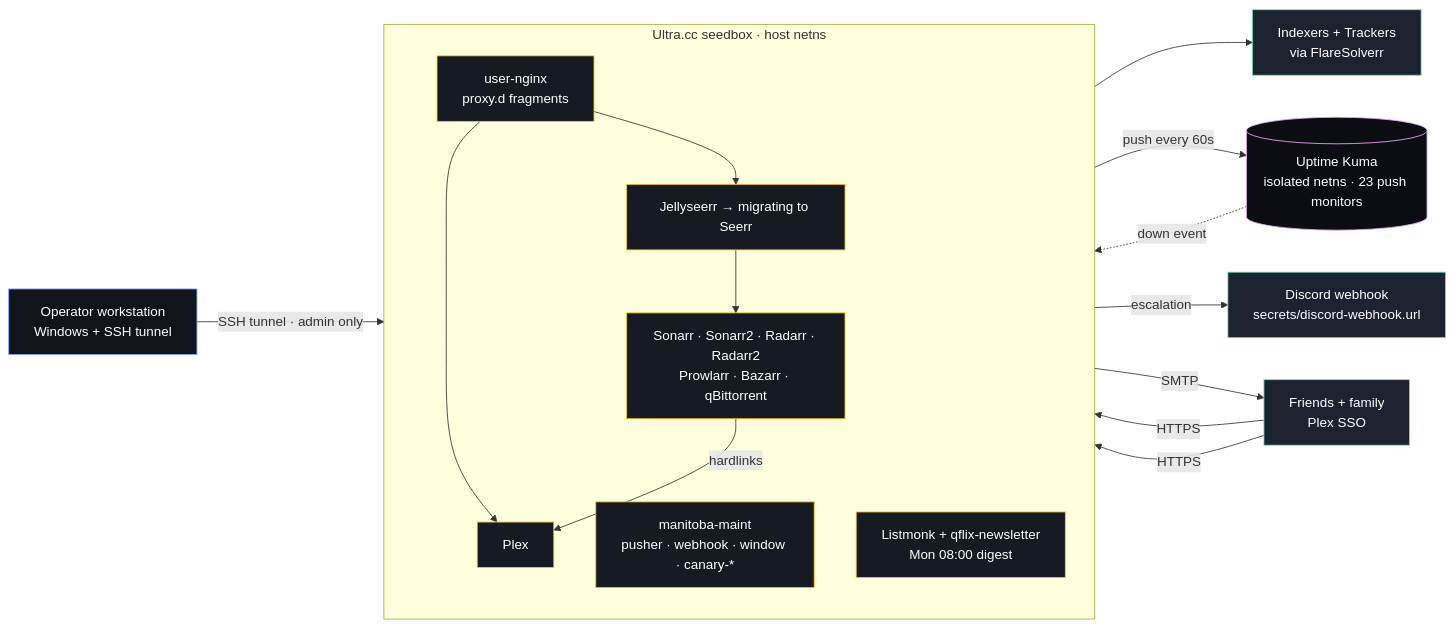
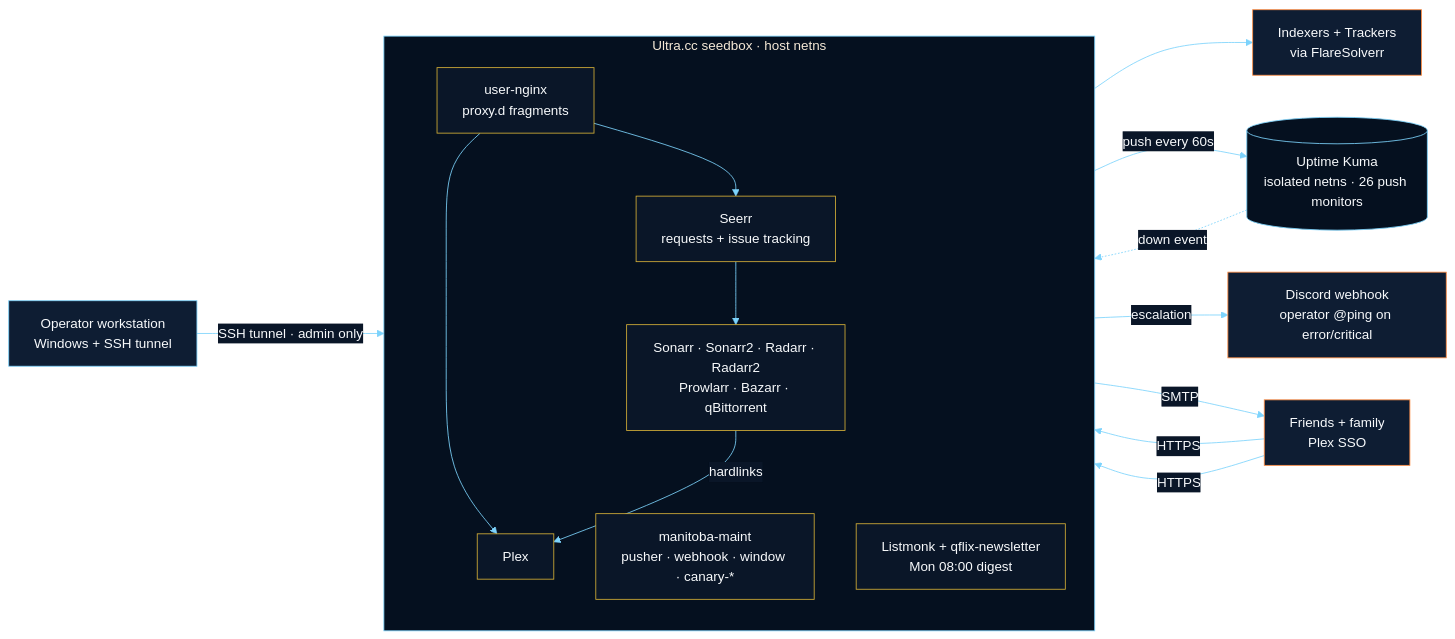
Before and after one commit to Quadstronaut/QFlix: the first of 6 diagrams in README.md, drawn with Mermaid. The commit also changed other lines of this file and 28 other files, not shown here.

````diff
--- a/README.md
+++ b/README.md
@@ -53,34 +75,35 @@
 ```mermaid
+%%{init: {'theme':'base','themeVariables':{'primaryColor':'#0e1d33','primaryTextColor':'#f8fafc','primaryBorderColor':'#ff8c42','lineColor':'#7dd3fc','secondaryColor':'#05101f','tertiaryColor':'#0a1628','clusterBkg':'#05101f','clusterBorder':'#7dd3fc','edgeLabelBackground':'#0a1628','fontFamily':'Segoe UI, Roboto, sans-serif'}}}%%
 flowchart LR
-  classDef ext fill:#1d2230,stroke:#6ee7b7,color:#fff
-  classDef user fill:#11141b,stroke:#7aa2ff,color:#fff
-  classDef seedbox fill:#161a23,stroke:#fbbf24,color:#fff
-  classDef kuma fill:#0b0d12,stroke:#f0abfc,color:#fff
+  classDef ext fill:#0e1d33,stroke:#ff8c42,color:#f8fafc
+  classDef user fill:#0e1d33,stroke:#7dd3fc,color:#f8fafc
+  classDef seedbox fill:#0a1628,stroke:#d4af37,color:#f8fafc
+  classDef kuma fill:#05101f,stroke:#7dd3fc,color:#f8fafc
 
   user[Operator workstation<br/>Windows + SSH tunnel]:::user
   friends[Friends + family<br/>Plex SSO]:::ext
   ext[Indexers + Trackers<br/>via FlareSolverr]:::ext
 
   subgraph SB[Ultra.cc seedbox · host netns]
     direction TB
     nginx[user-nginx<br/>proxy.d fragments]:::seedbox
     plex[Plex]:::seedbox
     arr[Sonarr · Sonarr2 · Radarr · Radarr2<br/>Prowlarr · Bazarr · qBittorrent]:::seedbox
-    requests[Jellyseerr → migrating to Seerr]:::seedbox
+    requests[Seerr<br/>requests + issue tracking]:::seedbox
     maint[manitoba-maint<br/>pusher · webhook · window · canary-*]:::seedbox
     comms[Listmonk + qflix-newsletter<br/>Mon 08:00 digest]:::seedbox
   end
 
-  kuma[(Uptime Kuma<br/>isolated netns · 23 push monitors)]:::kuma
-  discord[Discord webhook<br/>secrets/discord-webhook.url]:::ext
+  kuma[(Uptime Kuma<br/>isolated netns · 26 push monitors)]:::kuma
+  discord[Discord webhook<br/>operator @ping on error/critical]:::ext
 
   friends -->|HTTPS| nginx --> plex
   friends -->|HTTPS| nginx --> requests
   requests --> arr --> ext
   arr -->|hardlinks| plex
   user -->|SSH tunnel · admin only| arr
   maint -->|push every 60s| kuma
   kuma -.->|down event| maint
   maint -->|escalation| discord
   comms -->|SMTP| friends
 ```
````
